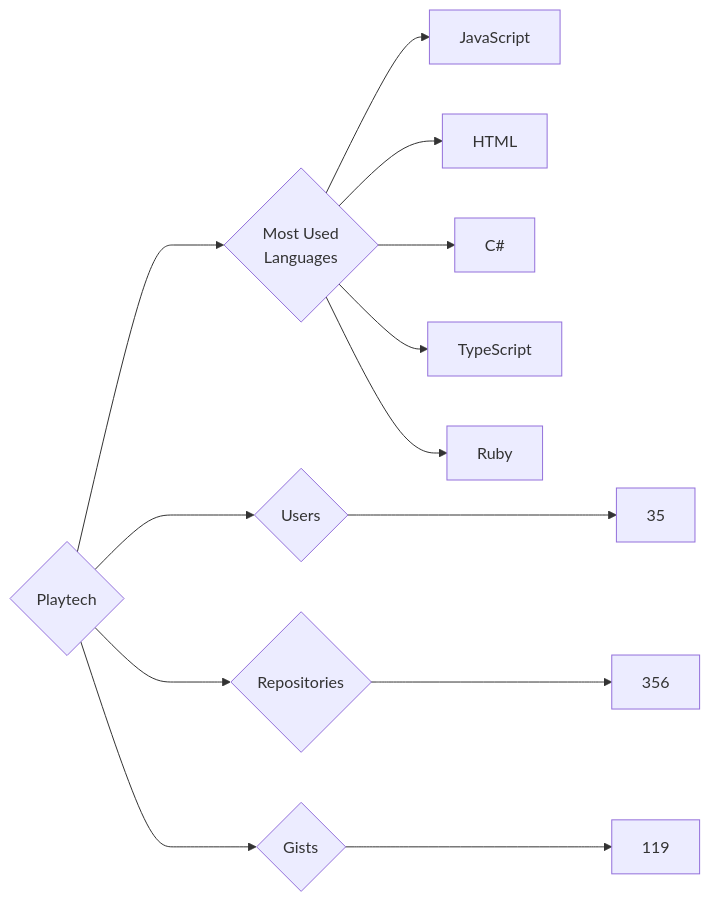
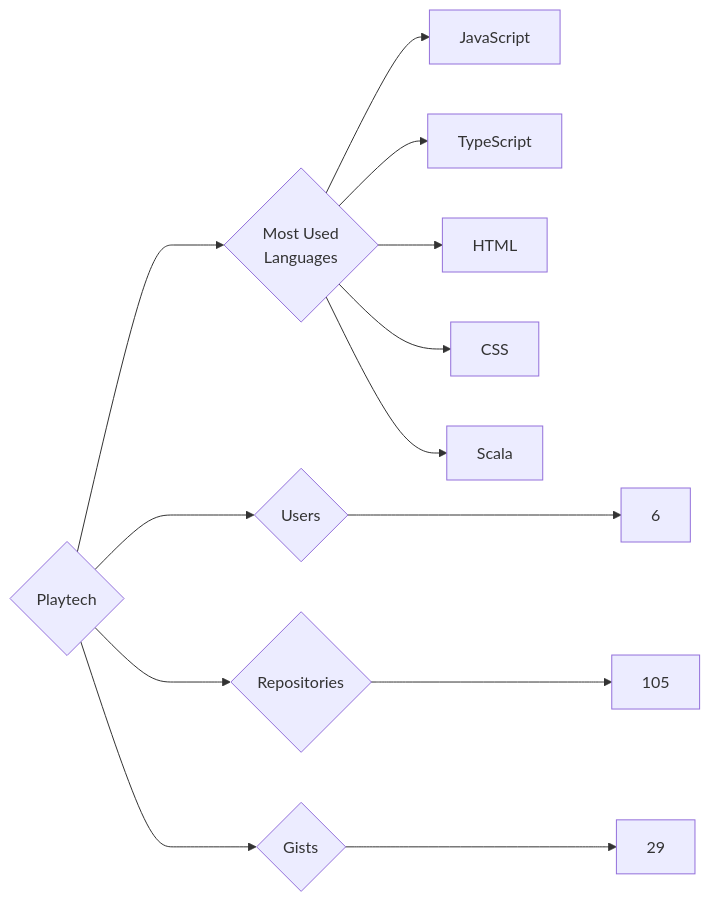
The diagram in targets/Playtech/README.md (trickest/insiders), drawn with Mermaid before and after one commit. The commit also changed 773 other files, not shown here.

````diff
--- a/targets/Playtech/README.md
+++ b/targets/Playtech/README.md
@@ -3,13 +3,13 @@
 ```mermaid
 graph LR
 COMPANY_NAME{Playtech}
-COMPANY_NAME ---> U{Users} ---> UN[35]
-COMPANY_NAME ---> R{Repositories} ---> RN[356]
-COMPANY_NAME ---> G{Gists} ---> GN[119]
+COMPANY_NAME ---> U{Users} ---> UN[6]
+COMPANY_NAME ---> R{Repositories} ---> RN[105]
+COMPANY_NAME ---> G{Gists} ---> GN[29]
 COMPANY_NAME ---> ML{Most Used<br>Languages}
 ML --> JavaScript[JavaScript]
+ML --> TypeScript[TypeScript]
 ML --> HTML[HTML]
-ML --> C#[C#]
-ML --> TypeScript[TypeScript]
-ML --> Ruby[Ruby]
+ML --> CSS[CSS]
+ML --> Scala[Scala]
 ```
````
